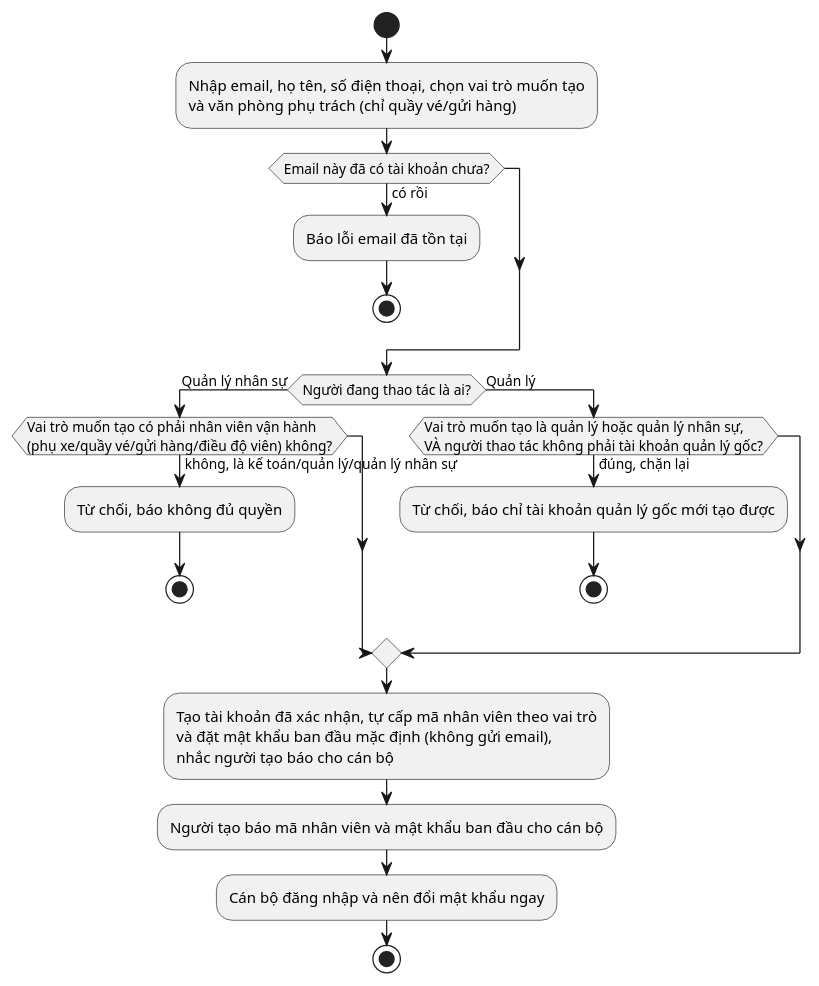
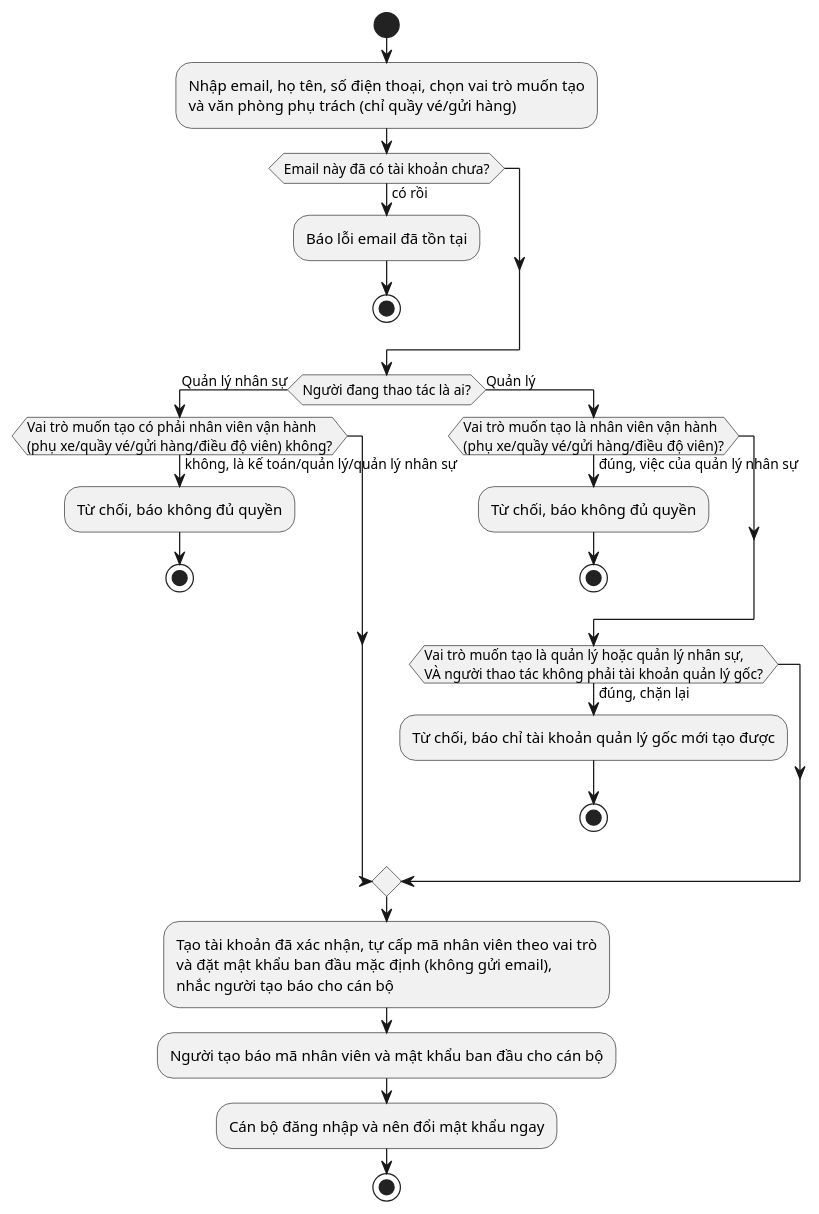
Before and after one commit to nguyenvietanhit19/Project1_HeThongQuanLyNhaXeKhachLienTinh: diagram 45 of 53 in UML_DIAGRAMS.md, drawn with PlantUML. The commit also changed other lines of this file and 5 other files, not shown here.

````diff
--- a/UML_DIAGRAMS.md
+++ b/UML_DIAGRAMS.md
@@ -1292,25 +1286,29 @@
 ```plantuml
 @startuml AD_UC36_TaoTaiKhoanNhanVien
 start
 :Nhập email, họ tên, số điện thoại, chọn vai trò muốn tạo\nvà văn phòng phụ trách (chỉ quầy vé/gửi hàng);
 if (Email này đã có tài khoản chưa?) then (có rồi)
   :Báo lỗi email đã tồn tại;
   stop
 endif
 if (Người đang thao tác là ai?) then (Quản lý nhân sự)
   if (Vai trò muốn tạo có phải nhân viên vận hành\n(phụ xe/quầy vé/gửi hàng/điều độ viên) không?) then (không, là kế toán/quản lý/quản lý nhân sự)
     :Từ chối, báo không đủ quyền;
     stop
   endif
 else (Quản lý)
+  if (Vai trò muốn tạo là nhân viên vận hành\n(phụ xe/quầy vé/gửi hàng/điều độ viên)?) then (đúng, việc của quản lý nhân sự)
+    :Từ chối, báo không đủ quyền;
+    stop
+  endif
   if (Vai trò muốn tạo là quản lý hoặc quản lý nhân sự,\nVÀ người thao tác không phải tài khoản quản lý gốc?) then (đúng, chặn lại)
     :Từ chối, báo chỉ tài khoản quản lý gốc mới tạo được;
     stop
   endif
 endif
 :Tạo tài khoản đã xác nhận, tự cấp mã nhân viên theo vai trò\nvà đặt mật khẩu ban đầu mặc định (không gửi email),\nnhắc người tạo báo cho cán bộ;
 :Người tạo báo mã nhân viên và mật khẩu ban đầu cho cán bộ;
 :Cán bộ đăng nhập và nên đổi mật khẩu ngay;
 stop
 @enduml
 ```
````
